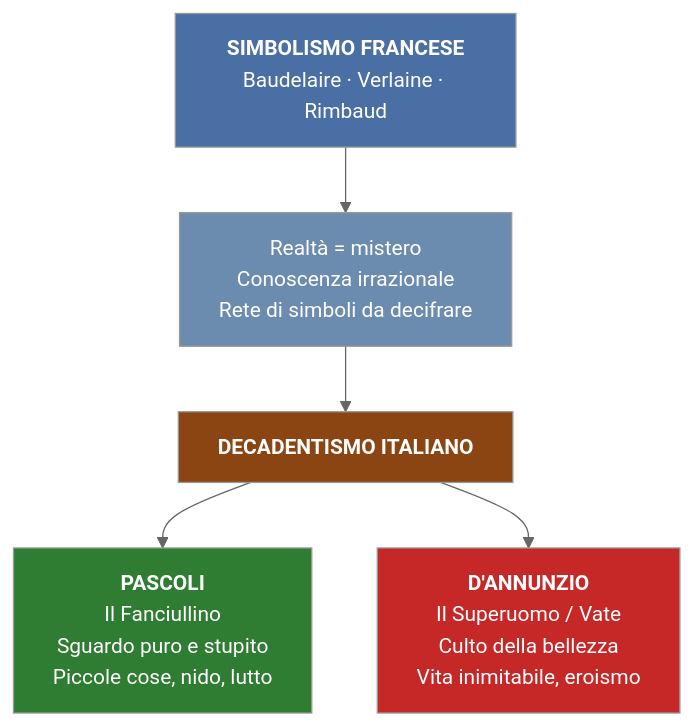
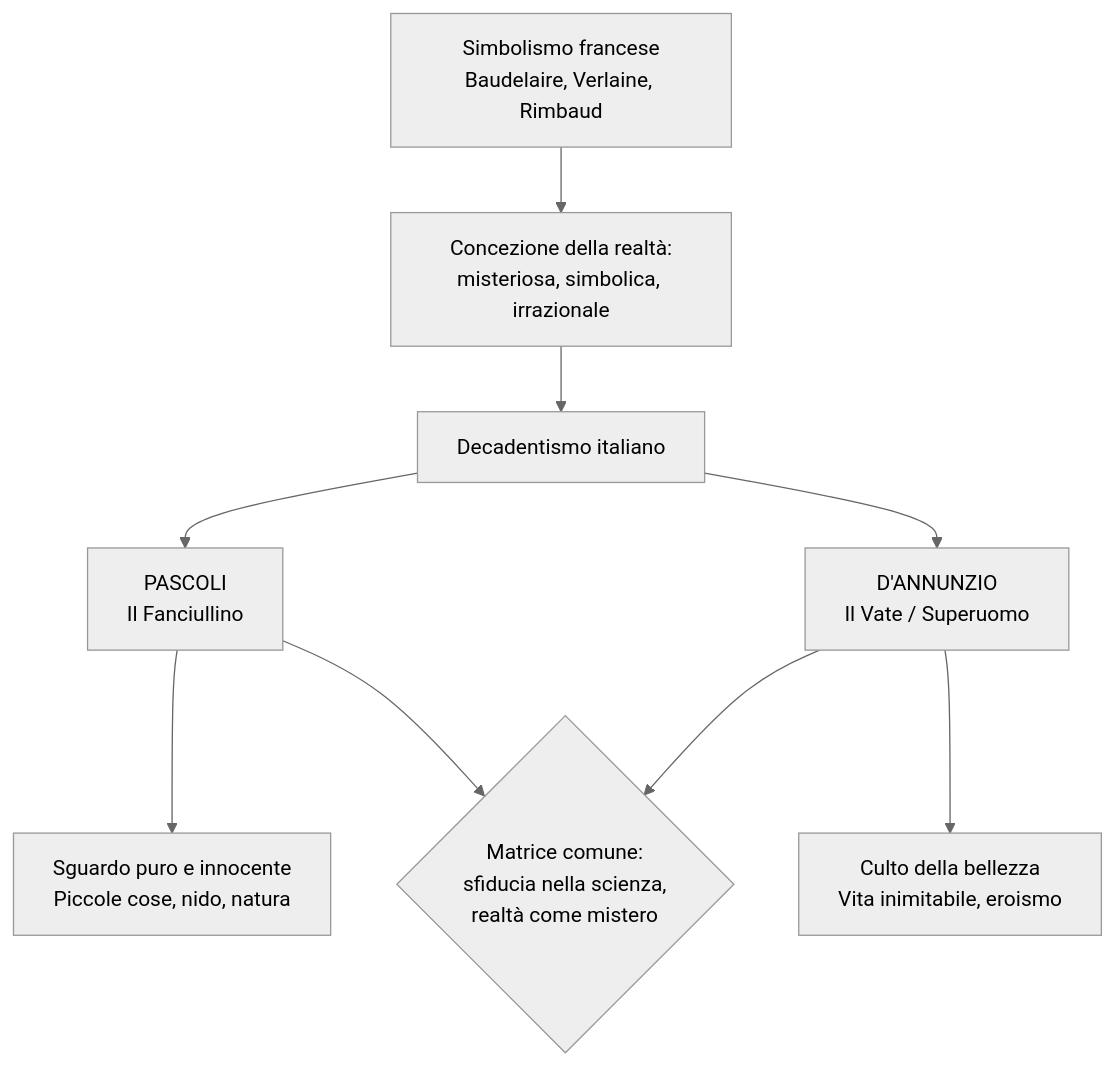
Before and after one commit to riccardo-algorime/appunti-5Bsa: the first of 5 diagrams in italiano/pascoli/mega-schema.md, drawn with Mermaid (neutral theme). The commit also changed other lines of this file and 23 other files, not shown here.

````diff
--- a/italiano/pascoli/mega-schema.md
+++ b/italiano/pascoli/mega-schema.md
@@ -59,13 +47,11 @@
 ```mermaid
-graph TD
-    A["<b>SIMBOLISMO FRANCESE</b><br/>Baudelaire · Verlaine · Rimbaud"] --> B["Realtà = mistero<br/>Conoscenza irrazionale<br/>Rete di simboli da decifrare"]
-    B --> C["<b>DECADENTISMO ITALIANO</b>"]
-    C --> D["<b>PASCOLI</b><br/>Il Fanciullino<br/>Sguardo puro e stupito<br/>Piccole cose, nido, lutto"]
-    C --> E["<b>D'ANNUNZIO</b><br/>Il Superuomo / Vate<br/>Culto della bellezza<br/>Vita inimitabile, eroismo"]
-    
-    style A fill:#4a6fa5,color:#fff
-    style B fill:#6b8cae,color:#fff
-    style C fill:#8b4513,color:#fff
-    style D fill:#2e7d32,color:#fff
-    style E fill:#c62828,color:#fff
+flowchart TD
+    A[Simbolismo francese<br/>Baudelaire, Verlaine, Rimbaud] --> B[Concezione della realtà:<br/>misteriosa, simbolica, irrazionale]
+    B --> C[Decadentismo italiano]
+    C --> D[PASCOLI<br/>Il Fanciullino]
+    C --> E[D'ANNUNZIO<br/>Il Vate / Superuomo]
+    D --> F[Sguardo puro e innocente<br/>Piccole cose, nido, natura]
+    E --> G[Culto della bellezza<br/>Vita inimitabile, eroismo]
+    D --> H{Matrice comune:<br/>sfiducia nella scienza,<br/>realtà come mistero}
+    E --> H
 ```
````
